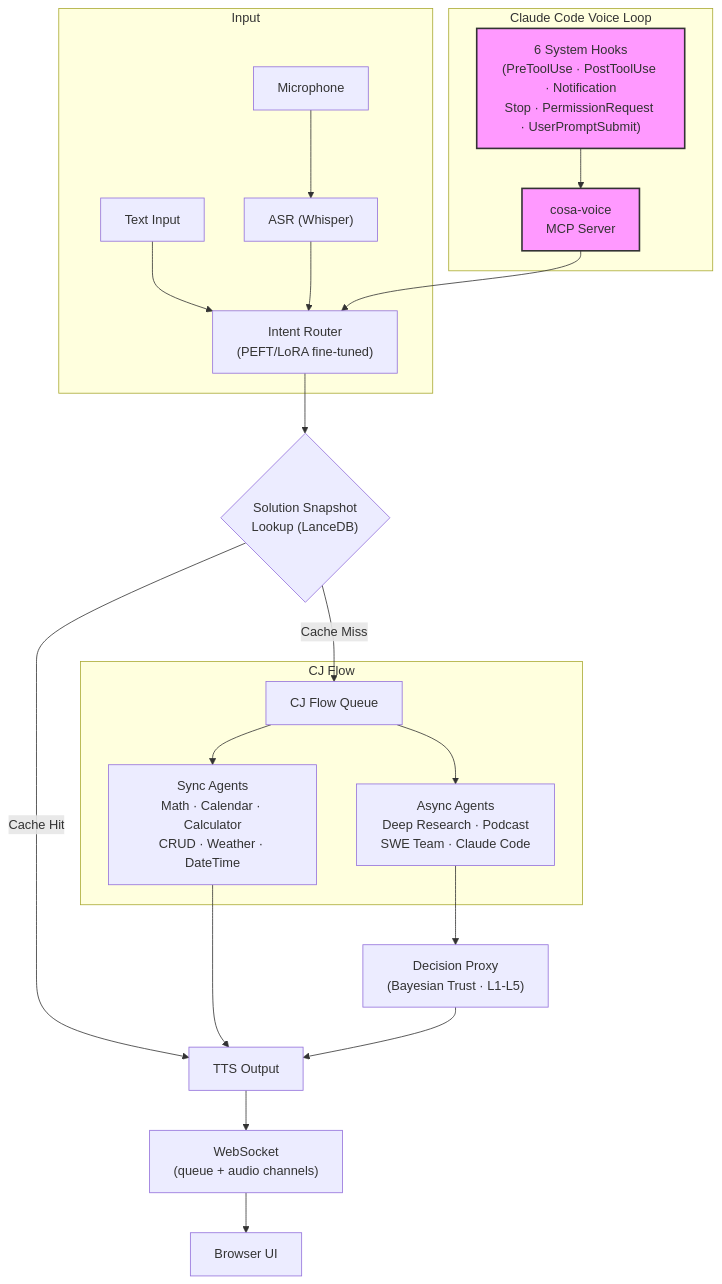
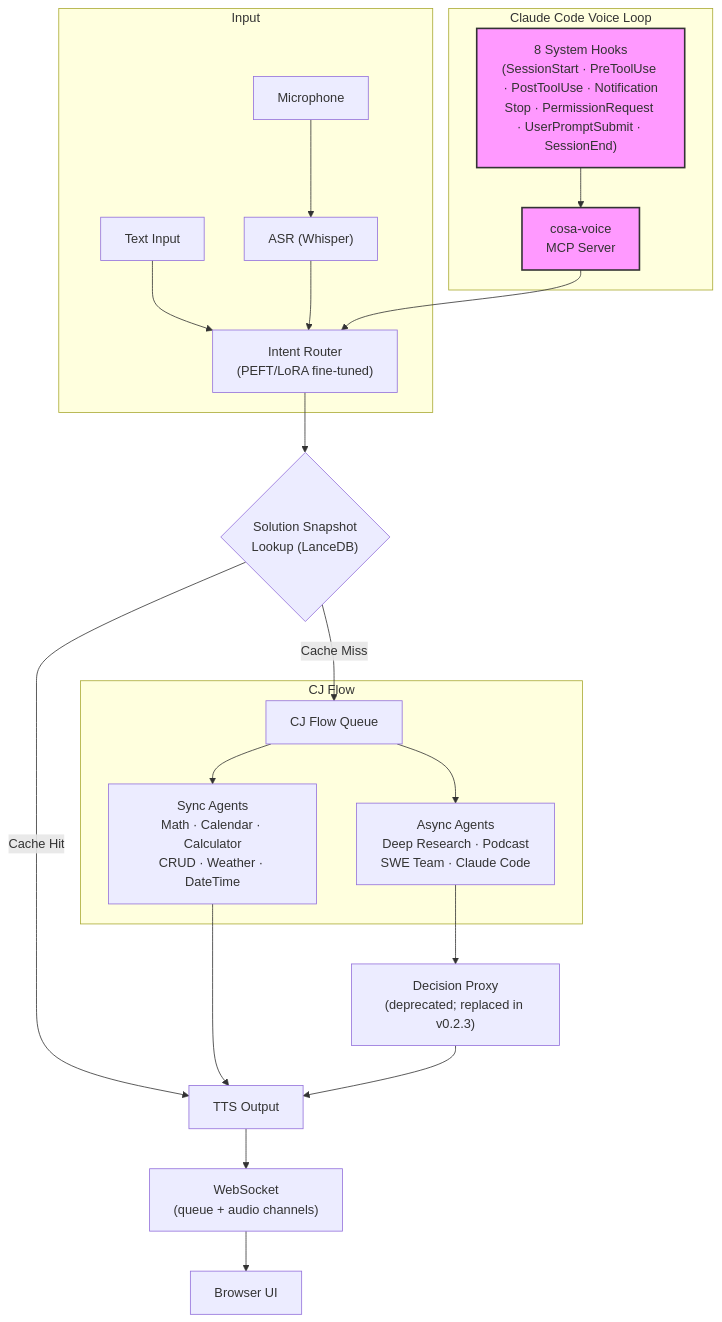
Before and after one commit to deepily/lupin: the diagram in README.md, drawn with Mermaid. The commit also changed other lines of this file and 3779 other files, not shown here.

````diff
--- a/README.md
+++ b/README.md
@@ -74,33 +74,33 @@
 ```mermaid
 flowchart TD
     subgraph Input
         MIC["Microphone"] --> ASR["ASR (Whisper)"]
         TEXT["Text Input"] --> ROUTER
     end
 
     ASR --> ROUTER["Intent Router<br/>(PEFT/LoRA fine-tuned)"]
 
     ROUTER --> SNAP{"Solution Snapshot<br/>Lookup (LanceDB)"}
     SNAP -- "Cache Hit" --> TTS["TTS Output"]
     SNAP -- "Cache Miss" --> CJ["CJ Flow Queue"]
 
     subgraph CJ Flow
         CJ --> SYNC["Sync Agents<br/>Math · Calendar · Calculator<br/>CRUD · Weather · DateTime"]
         CJ --> ASYNC["Async Agents<br/>Deep Research · Podcast<br/>SWE Team · Claude Code"]
     end
 
     SYNC --> TTS
-    ASYNC --> PROXY["Decision Proxy<br/>(Bayesian Trust · L1-L5)"]
+    ASYNC --> PROXY["Decision Proxy<br/>(deprecated; replaced in v0.2.3)"]
     PROXY --> TTS
 
     TTS --> WS["WebSocket<br/>(queue + audio channels)"]
     WS --> BROWSER["Browser UI"]
 
     subgraph Claude Code Voice Loop
-        HOOKS["6 System Hooks<br/>(PreToolUse · PostToolUse · Notification<br/>Stop · PermissionRequest · UserPromptSubmit)"] --> MCP["cosa-voice<br/>MCP Server"]
+        HOOKS["8 System Hooks<br/>(SessionStart · PreToolUse · PostToolUse · Notification<br/>Stop · PermissionRequest · UserPromptSubmit · SessionEnd)"] --> MCP["cosa-voice<br/>MCP Server"]
         MCP --> ROUTER
     end
 
     style HOOKS fill:#f9f,stroke:#333,stroke-width:2px
     style MCP fill:#f9f,stroke:#333,stroke-width:2px
 ```
````
